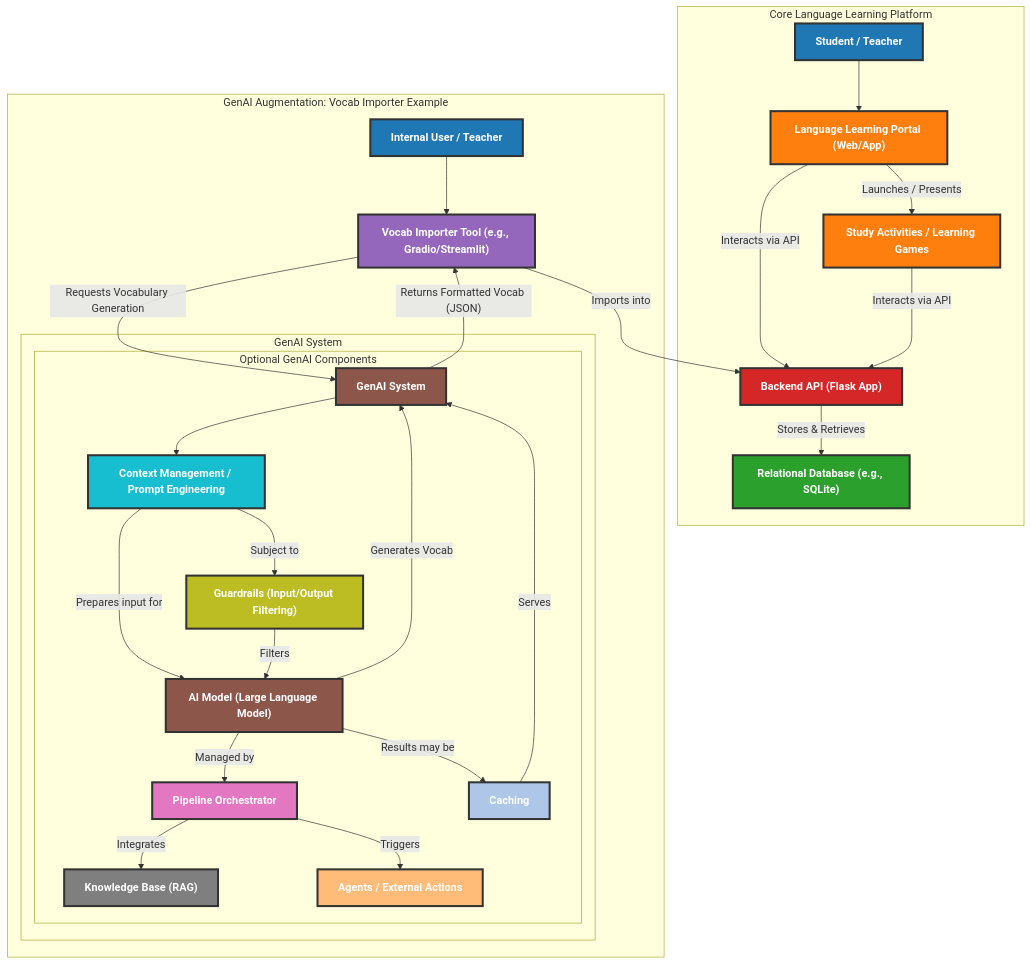
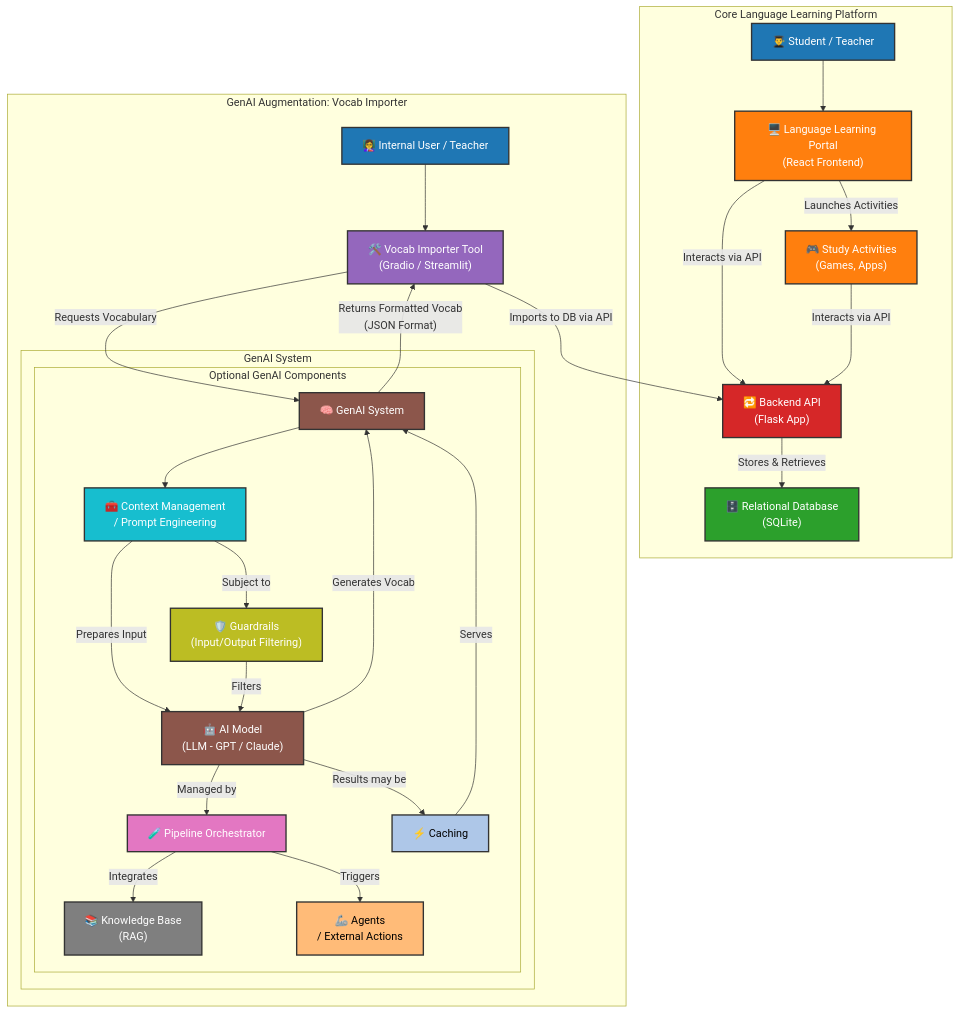
Before and after one commit to MAHALAKSHMImahalakshmi/learnGenAi: the diagram in README.md, drawn with Mermaid.

````diff
--- a/README.md
+++ b/README.md
@@ -2,59 +2,64 @@
 ```mermaid
 graph TD
-    subgraph Core Language Learning Platform
-        User["Student / Teacher"] --> FrontEnd["Language Learning Portal (Web/App)"]
-        FrontEnd -- "Interacts via API" --> BackEnd["Backend API (Flask App)"]
-        BackEnd -- "Stores & Retrieves" --> Database["Relational Database (e.g., SQLite)"]
-        FrontEnd -- "Launches / Presents" --> StudyActivities["Study Activities / Learning Games"]
-        StudyActivities -- "Interacts via API" --> BackEnd
+  %% === Core Language Learning Platform === %%
+  subgraph Core Language Learning Platform
+    User["👨‍🎓 Student / Teacher"] --> FrontEnd["🖥️ Language Learning Portal<br>(React Frontend)"]
+    FrontEnd -- "Interacts via API" --> BackEnd["🔁 Backend API<br>(Flask App)"]
+    BackEnd -- "Stores & Retrieves" --> Database["🗄️ Relational Database<br>(SQLite)"]
+    FrontEnd -- "Launches Activities" --> StudyActivities["🎮 Study Activities<br>(Games, Apps)"]
+    StudyActivities -- "Interacts via API" --> BackEnd
+  end
+
+  %% === GenAI Augmentation === %%
+  subgraph GenAI Augmentation: Vocab Importer
+    InternalUser["👩‍🏫 Internal User / Teacher"] --> VocabImporter["🛠️ Vocab Importer Tool<br>(Gradio / Streamlit)"]
+    VocabImporter -- "Requests Vocabulary" --> GenAISystem["🧠 GenAI System"]
+
+    subgraph GenAI System
+      GenAISystem --> ContextManagement["🧰 Context Management<br>/ Prompt Engineering"]
+      ContextManagement -- "Prepares Input" --> LLM["🤖 AI Model<br>(LLM - GPT / Claude)"]
+      LLM -- "Generates Vocab" --> GenAISystem
+
+      %% === Optional GenAI Components === %%
+      subgraph Optional GenAI Components
+        GuardRails["🛡️ Guardrails<br>(Input/Output Filtering)"]
+        PipelineOrchestrator["🧪 Pipeline Orchestrator"]
+        KnowledgeBase["📚 Knowledge Base<br>(RAG)"]
+        Agents["🦾 Agents<br>/ External Actions"]
+        Caching["⚡ Caching"]
+
+        ContextManagement -- "Subject to" --> GuardRails
+        GuardRails -- "Filters" --> LLM
+        LLM -- "Managed by" --> PipelineOrchestrator
+        PipelineOrchestrator -- "Integrates" --> KnowledgeBase
+        PipelineOrchestrator -- "Triggers" --> Agents
+        LLM -- "Results may be" --> Caching
+        Caching -- "Serves" --> GenAISystem
+      end
     end
 
-    subgraph GenAI Augmentation: Vocab Importer Example
-        InternalUser["Internal User / Teacher"] --> VocabImporter["Vocab Importer Tool (e.g., Gradio/Streamlit)"]
-        VocabImporter -- "Requests Vocabulary Generation" --> GenAISystem["GenAI System"]
+    GenAISystem -- "Returns Formatted Vocab<br>(JSON Format)" --> VocabImporter
+    VocabImporter -- "Imports to DB via API" --> BackEnd
+  end
 
-        subgraph GenAI System
-            GenAISystem --> ContextManagement["Context Management / Prompt Engineering"]
-            ContextManagement -- "Prepares input for" --> LLM["AI Model (Large Language Model)"]
-            LLM -- "Generates Vocab" --> GenAISystem
+  %% === Styling === %%
+  style User fill:#1F77B4,stroke:#333,stroke-width:2px,color:#fff
+  style FrontEnd fill:#FF7F0E,stroke:#333,stroke-width:2px,color:#fff
+  style BackEnd fill:#D62728,stroke:#333,stroke-width:2px,color:#fff
+  style Database fill:#2CA02C,stroke:#333,stroke-width:2px,color:#fff
+  style StudyActivities fill:#FF7F0E,stroke:#333,stroke-width:2px,color:#fff
 
-            subgraph Optional GenAI Components
-                GuardRails["Guardrails (Input/Output Filtering)"]
-                PipelineOrchestrator["Pipeline Orchestrator"]
-                KnowledgeBase["Knowledge Base (RAG)"]
-                Agents["Agents / External Actions"]
-                Caching["Caching"]
+  style InternalUser fill:#1F77B4,stroke:#333,stroke-width:2px,color:#fff
+  style VocabImporter fill:#9467BD,stroke:#333,stroke-width:2px,color:#fff
+  style GenAISystem fill:#8C564B,stroke:#333,stroke-width:2px,color:#fff
 
-                ContextManagement -- "Subject to" --> GuardRails
-                GuardRails -- "Filters" --> LLM
-                LLM -- "Managed by" --> PipelineOrchestrator
-                PipelineOrchestrator -- "Integrates" --> KnowledgeBase
-                PipelineOrchestrator -- "Triggers" --> Agents
-                LLM -- "Results may be" --> Caching
-                Caching -- "Serves" --> GenAISystem
-            end
-        end
+  style ContextManagement fill:#17BECF,stroke:#333,stroke-width:2px,color:#fff
+  style LLM fill:#8C564B,stroke:#333,stroke-width:2px,color:#fff
 
-        GenAISystem -- "Returns Formatted Vocab (JSON)" --> VocabImporter
-        VocabImporter -- "Imports into" --> BackEnd
-    end
-
-    style User fill:#1F77B4,stroke:#333,stroke-width:3px,color:#fff,font-weight:bold
-    style FrontEnd fill:#FF7F0E,stroke:#333,stroke-width:3px,color:#fff,font-weight:bold
-    style BackEnd fill:#D62728,stroke:#333,stroke-width:3px,color:#fff,font-weight:bold
-    style Database fill:#2CA02C,stroke:#333,stroke-width:3px,color:#fff,font-weight:bold
-    style StudyActivities fill:#FF7F0E,stroke:#333,stroke-width:3px,color:#fff,font-weight:bold
-    style InternalUser fill:#1F77B4,stroke:#333,stroke-width:3px,color:#fff,font-weight:bold
-    style VocabImporter fill:#9467BD,stroke:#333,stroke-width:3px,color:#fff,font-weight:bold
-    style GenAISystem fill:#8C564B,stroke:#333,stroke-width:3px,color:#fff,font-weight:bold
-    style ContextManagement fill:#17BECF,stroke:#333,stroke-width:3px,color:#fff,font-weight:bold
-    style LLM fill:#8C564B,stroke:#333,stroke-width:3px,color:#fff,font-weight:bold
-    style GuardRails fill:#BCBD23,stroke:#333,stroke-width:3px,color:#fff,font-weight:bold
-    style PipelineOrchestrator fill:#E377C2,stroke:#333,stroke-width:3px,color:#fff,font-weight:bold
-    style KnowledgeBase fill:#7F7F7F,stroke:#333,stroke-width:3px,color:#fff,font-weight:bold
-    style Agents fill:#FFBB78,stroke:#333,stroke-width:3px,color:#fff,font-weight:bold
-    style Caching fill:#AEC7E8,stroke:#333,stroke-width:3px,color:#fff,font-weight:bold
-
-
+  style GuardRails fill:#BCBD23,stroke:#333,stroke-width:2px,color:#fff
+  style PipelineOrchestrator fill:#E377C2,stroke:#333,stroke-width:2px,color:#fff
+  style KnowledgeBase fill:#7F7F7F,stroke:#333,stroke-width:2px,color:#fff
+  style Agents fill:#FFBB78,stroke:#333,stroke-width:2px,color:#000
+  style Caching fill:#AEC7E8,stroke:#333,stroke-width:2px,color:#000
 
 ```
````
